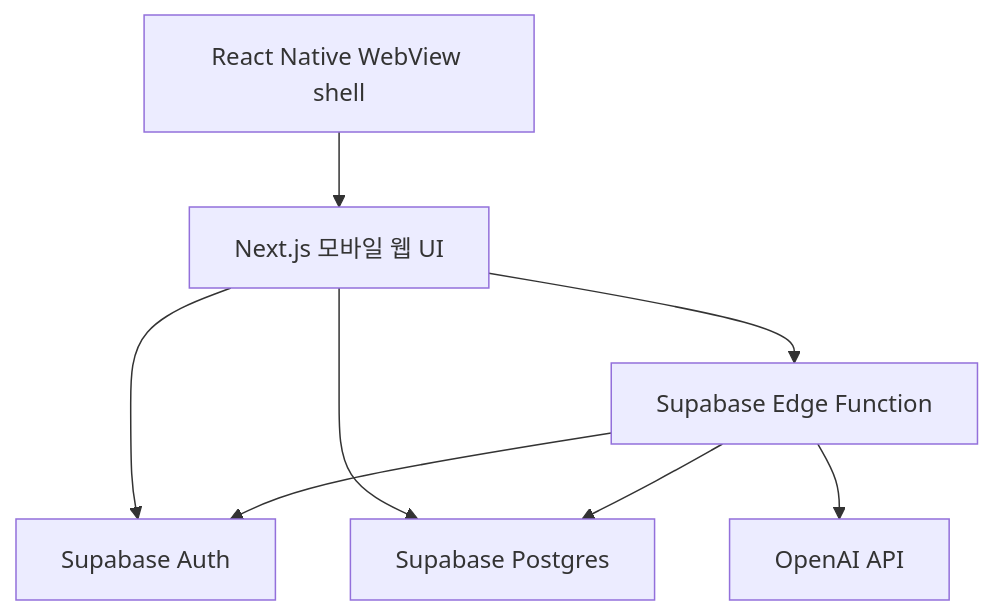
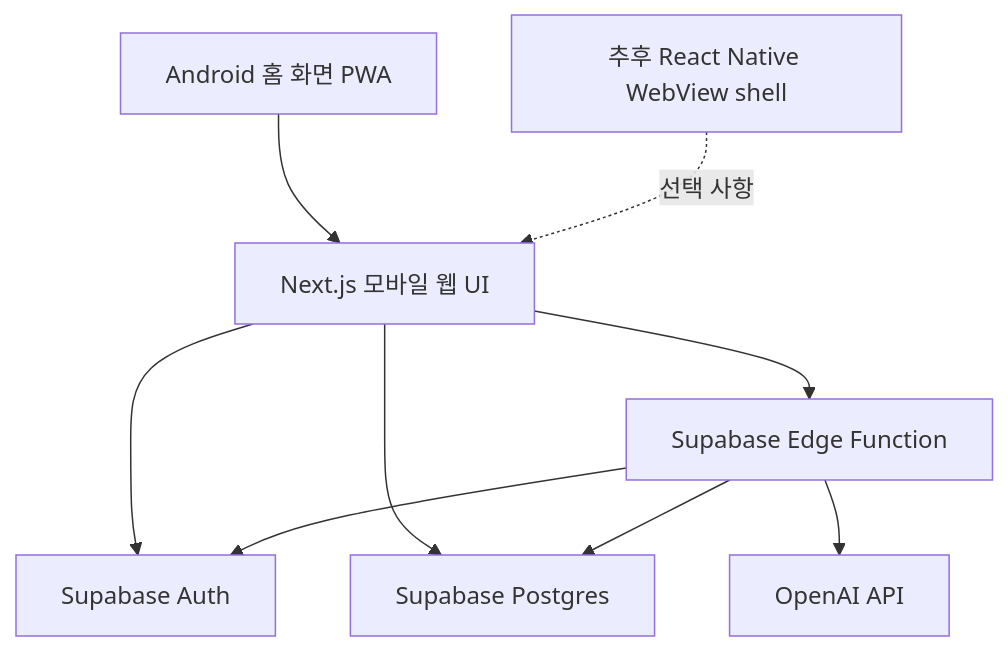
Before and after one commit to qpow1018/health-checker: the diagram in docs/architecture/overview.md, drawn with Mermaid. The commit also changed other lines of this file and 8 other files, not shown here.

Commit message:
feat: add Android PWA setup

````diff
--- a/docs/architecture/overview.md
+++ b/docs/architecture/overview.md
@@ -17,17 +18,19 @@
 ```mermaid
 flowchart TD
-  Shell["React Native WebView shell"]
+  PWA["Android 홈 화면 PWA"]
+  Shell["추후 React Native WebView shell"]
   Web["Next.js 모바일 웹 UI"]
   Auth["Supabase Auth"]
   DB["Supabase Postgres"]
   Edge["Supabase Edge Function"]
   OpenAI["OpenAI API"]
 
-  Shell --> Web
+  PWA --> Web
+  Shell -. 선택 사항 .-> Web
   Web --> Auth
   Web --> DB
   Web --> Edge
   Edge --> Auth
   Edge --> DB
   Edge --> OpenAI
 ```
````
